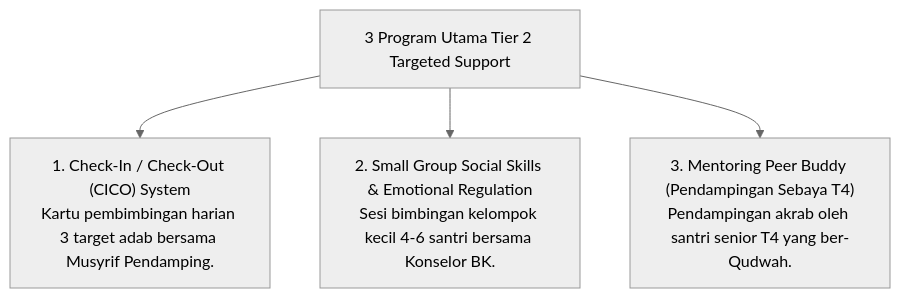
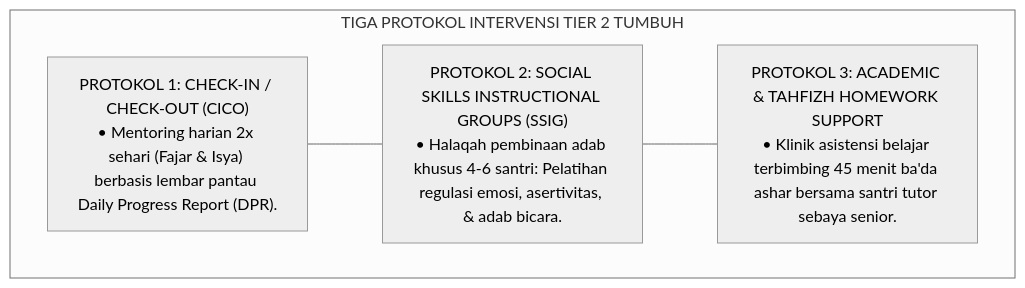
Before and after one commit to wandiapriliyandi/tumbuh: the fifth of 5 diagrams in 06 Intervention Framework/02 Tiered Intervention/P6-02-02-Tier-2-Targeted-Group-Support-15-Persen.md, drawn with Mermaid (neutral theme). The commit also changed other lines of this file and 6 other files, not shown here.

````diff
--- a/06 Intervention Framework/02 Tiered Intervention/P6-02-02-Tier-2-Targeted-Group-Support-15-Persen.md
+++ b/06 Intervention Framework/02 Tiered Intervention/P6-02-02-Tier-2-Targeted-Group-Support-15-Persen.md
@@ -14,7 +151,12 @@
 ```mermaid
-graph TD
-    Tier2Services["3 Program Utama Tier 2 Targeted Support"]
-    Tier2Services --> CICO["1. Check-In / Check-Out (CICO) System<br/>Kartu pembimbingan harian 3 target adab bersama Musyrif Pendamping."]
-    Tier2Services --> SmallGroupSEL["2. Small Group Social Skills & Emotional Regulation<br/>Sesi bimbingan kelompok kecil 4-6 santri bersama Konselor BK."]
-    Tier2Services --> PeerBuddy["3. Mentoring Peer Buddy (Pendampingan Sebaya T4)<br/>Pendampingan akrab oleh santri senior T4 yang ber-Qudwah."]
+flowchart TD
+    subgraph TigaProtokolIntervensiTier2["TIGA PROTOKOL INTERVENSI TIER 2 TUMBUH"]
+        P1["PROTOKOL 1: CHECK-IN / CHECK-OUT (CICO)<br/>• Mentoring harian 2x sehari (Fajar & Isya) berbasis lembar pantau Daily Progress Report (DPR)."]
+        
+        P2["PROTOKOL 2: SOCIAL SKILLS INSTRUCTIONAL GROUPS (SSIG)<br/>• Halaqah pembinaan adab khusus 4-6 santri: Pelatihan regulasi emosi, asertivitas, & adab bicara."]
+        
+        P3["PROTOKOL 3: ACADEMIC & TAHFIZH HOMEWORK SUPPORT<br/>• Klinik asistensi belajar terbimbing 45 menit ba'da ashar bersama santri tutor sebaya senior."]
+        
+        P1 --- P2 --- P3
+    end
 ```
````
